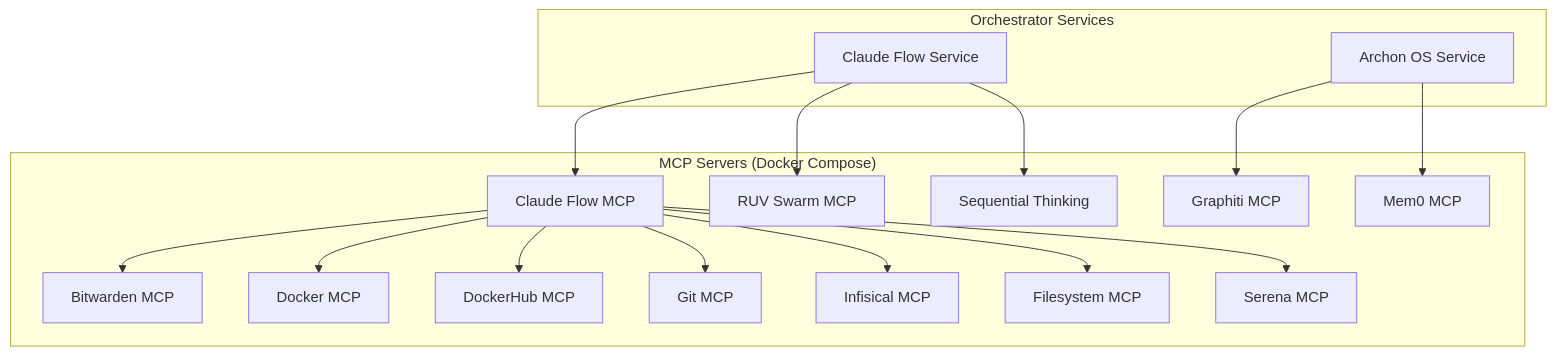
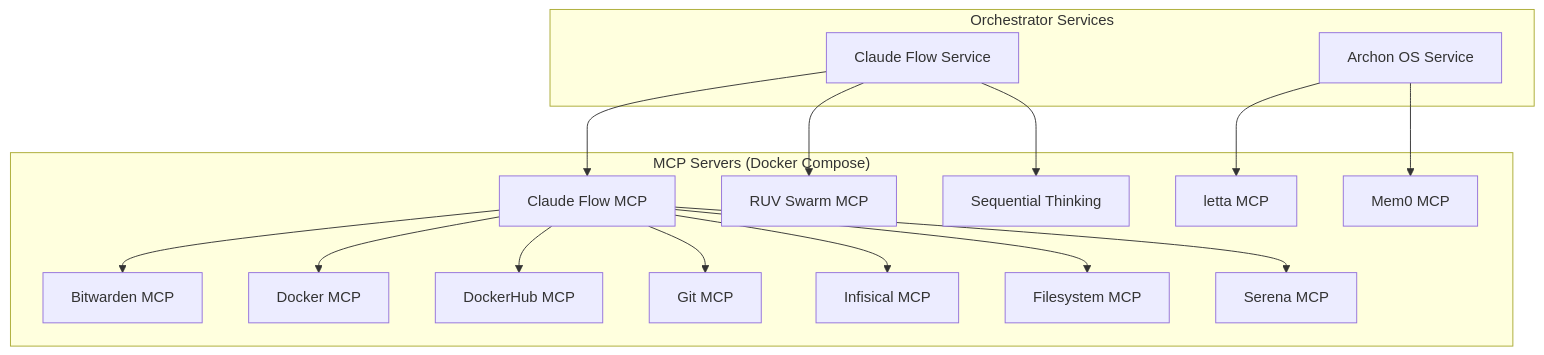
One commit to ellisapotheosis/Project-Nyra changed the third of 4 diagrams in docs/architecture/MASTER-CONSOLIDATION-ARCHITECTURE-2026.md. Above: the diagram before and after it, drawn with Mermaid. The commit also changed other lines of this file and 992 other files, not shown here.

````diff
--- a/docs/architecture/MASTER-CONSOLIDATION-ARCHITECTURE-2026.md
+++ b/docs/architecture/MASTER-CONSOLIDATION-ARCHITECTURE-2026.md
@@ -739,36 +739,36 @@
 ```mermaid
 graph TB
     subgraph "MCP Servers (Docker Compose)"
         claude[Claude Flow MCP]
         ruv[RUV Swarm MCP]
         bw[Bitwarden MCP]
         docker[Docker MCP]
         dockerhub[DockerHub MCP]
         git[Git MCP]
         infisical[Infisical MCP]
         seq[Sequential Thinking]
-        graphiti[Graphiti MCP]
+        letta[letta MCP]
         mem0[Mem0 MCP]
         fs[Filesystem MCP]
         serena[Serena MCP]
     end
 
     subgraph "Orchestrator Services"
         cf[Claude Flow Service]
         archon[Archon OS Service]
     end
 
     cf --> claude
     cf --> ruv
     cf --> seq
-    archon --> graphiti
+    archon --> letta
     archon --> mem0
 
     claude --> bw
     claude --> docker
     claude --> dockerhub
     claude --> git
     claude --> infisical
     claude --> fs
     claude --> serena
 ```
````
